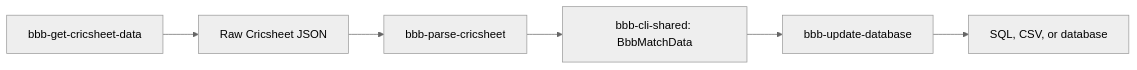
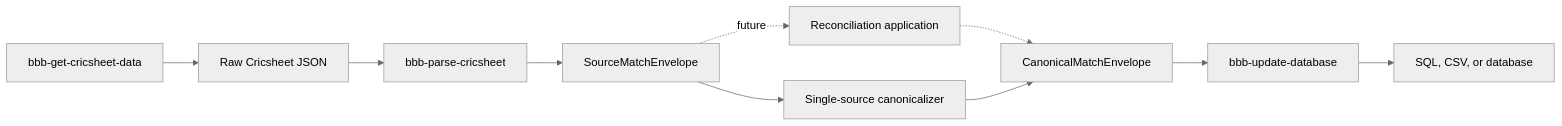
Before and after one commit to kevinrjones/acs_ball_by_ball: the first of 4 diagrams in docs/architecture/applications.md, drawn with Mermaid (neutral theme). The commit also changed other lines of this file and 79 other files, not shown here.

````diff
--- a/docs/architecture/applications.md
+++ b/docs/architecture/applications.md
@@ -27,8 +27,12 @@
 ```mermaid
 flowchart LR
     RETRIEVE[bbb-get-cricsheet-data] --> RAW[Raw Cricsheet JSON]
     RAW --> PARSE[bbb-parse-cricsheet]
-    PARSE --> SHARED[bbb-cli-shared: BbbMatchData]
-    SHARED --> UPDATE[bbb-update-database]
+    PARSE --> SOURCE[SourceMatchEnvelope]
+    SOURCE --> SINGLE[Single-source canonicalizer]
+    SOURCE -. future .-> RECONCILE[Reconciliation application]
+    RECONCILE -.-> CANONICAL[CanonicalMatchEnvelope]
+    SINGLE --> CANONICAL
+    CANONICAL --> UPDATE[bbb-update-database]
     UPDATE --> WAREHOUSE[SQL, CSV, or database]
 ```
````
